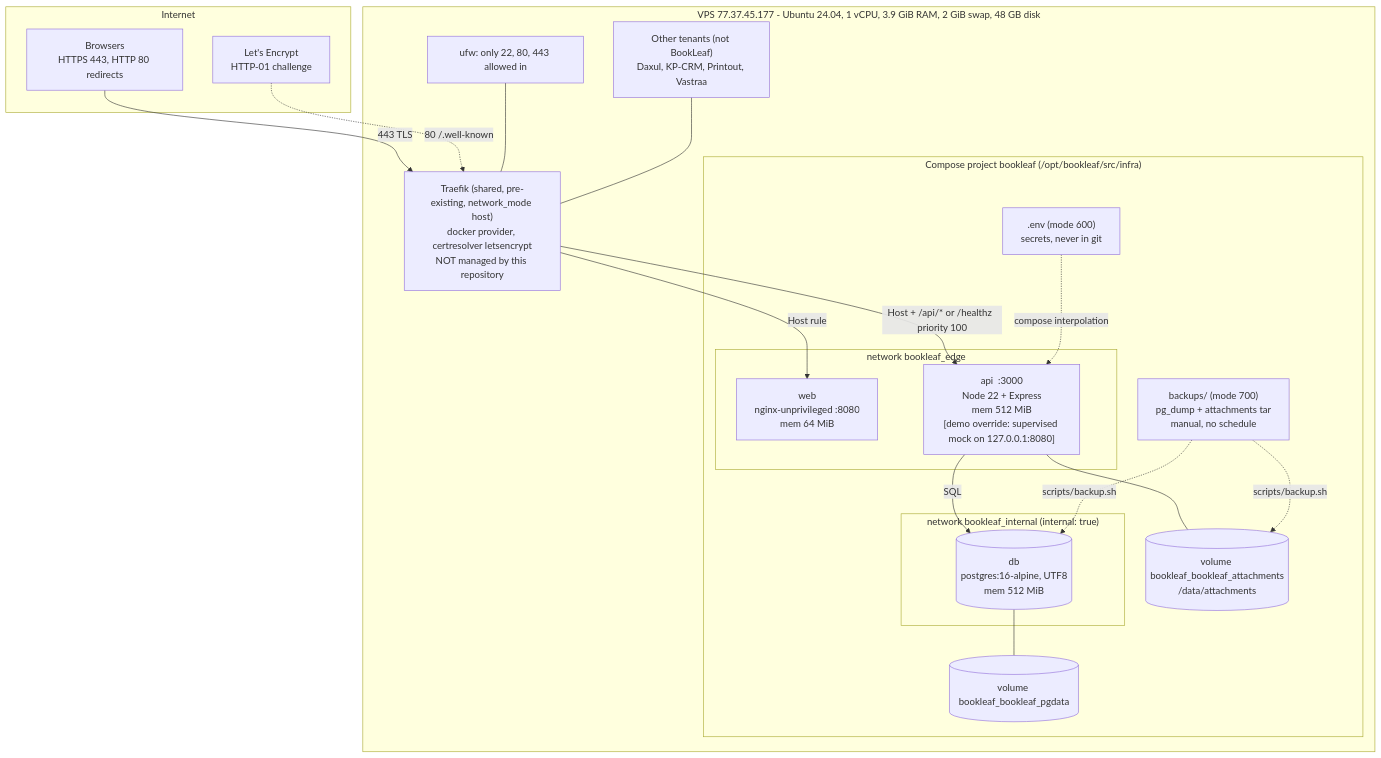
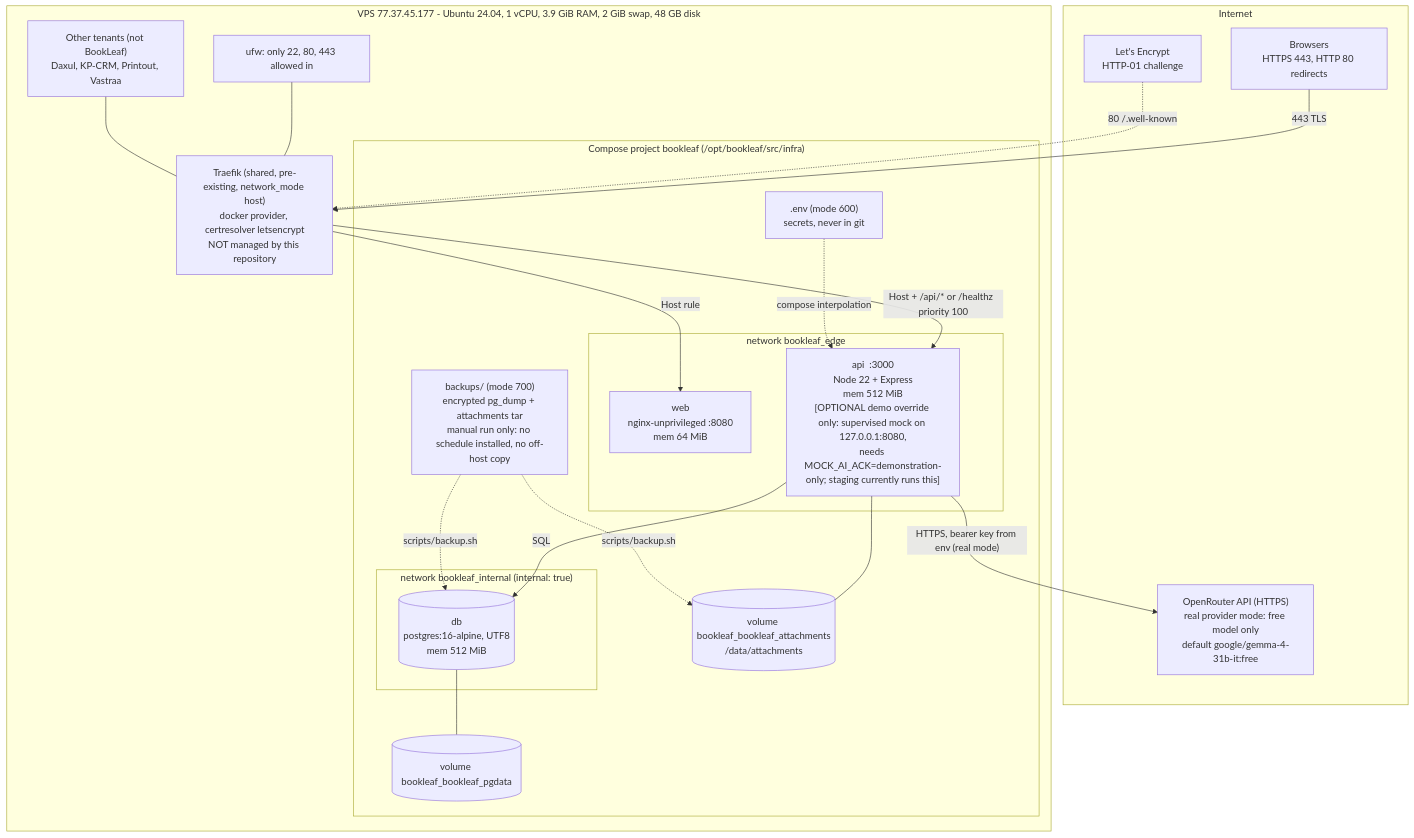
The first of 2 diagrams in docs/architecture/11-DEPLOYMENT-ARCHITECTURE.md (singhdaksh7/book-leaf__assignment-1), drawn with Mermaid before and after one commit. The commit also changed 49 other files, not shown here.

First line of the commit message:
docs: release state, real-provider evidence, operations runbooks, diagrams 13, submission package

````diff
--- a/docs/architecture/11-DEPLOYMENT-ARCHITECTURE.md
+++ b/docs/architecture/11-DEPLOYMENT-ARCHITECTURE.md
@@ -8,41 +8,43 @@
 ```mermaid
 %% file: deployment-architecture.mmd
 flowchart TB
     subgraph NET["Internet"]
         BR["Browsers<br/>HTTPS 443, HTTP 80 redirects"]
         LE["Let's Encrypt<br/>HTTP-01 challenge"]
+        ORP["OpenRouter API (HTTPS)<br/>real provider mode: free model only<br/>default google/gemma-4-31b-it:free"]
     end
 
     subgraph VPS["VPS 77.37.45.177 - Ubuntu 24.04, 1 vCPU, 3.9 GiB RAM, 2 GiB swap, 48 GB disk"]
         UFW["ufw: only 22, 80, 443 allowed in"]
         TR["Traefik (shared, pre-existing, network_mode host)<br/>docker provider, certresolver letsencrypt<br/>NOT managed by this repository"]
         OTHER["Other tenants (not BookLeaf)<br/>Daxul, KP-CRM, Printout, Vastraa"]
 
         subgraph PROJ["Compose project bookleaf  (/opt/bookleaf/src/infra)"]
             subgraph EDGE["network bookleaf_edge"]
                 WEB["web<br/>nginx-unprivileged :8080<br/>mem 64 MiB"]
-                API["api  :3000<br/>Node 22 + Express<br/>mem 512 MiB<br/>[demo override: supervised mock on 127.0.0.1:8080]"]
+                API["api  :3000<br/>Node 22 + Express<br/>mem 512 MiB<br/>[OPTIONAL demo override only: supervised mock on 127.0.0.1:8080,<br/>needs MOCK_AI_ACK=demonstration-only; staging currently runs this]"]
             end
             subgraph INT["network bookleaf_internal (internal: true)"]
                 DB[("db<br/>postgres:16-alpine, UTF8<br/>mem 512 MiB")]
             end
             VPG[("volume bookleaf_bookleaf_pgdata")]
             VAT[("volume bookleaf_bookleaf_attachments<br/>/data/attachments")]
             ENV[".env (mode 600)<br/>secrets, never in git"]
-            BK["backups/ (mode 700)<br/>pg_dump + attachments tar<br/>manual, no schedule"]
+            BK["backups/ (mode 700)<br/>encrypted pg_dump + attachments tar<br/>manual run only: no schedule installed, no off-host copy"]
         end
     end
 
     BR -- "443 TLS" --> TR
     LE -. "80 /.well-known" .-> TR
     TR -- "Host rule" --> WEB
     TR -- "Host + /api/* or /healthz  priority 100" --> API
     API -- "SQL" --> DB
+    API -- "HTTPS, bearer key from env (real mode)" --> ORP
     DB --- VPG
     API --- VAT
     ENV -. "compose interpolation" .-> API
     BK -. "scripts/backup.sh" .-> DB
     BK -. "scripts/backup.sh" .-> VAT
     UFW --- TR
     OTHER --- TR
 ```
````
